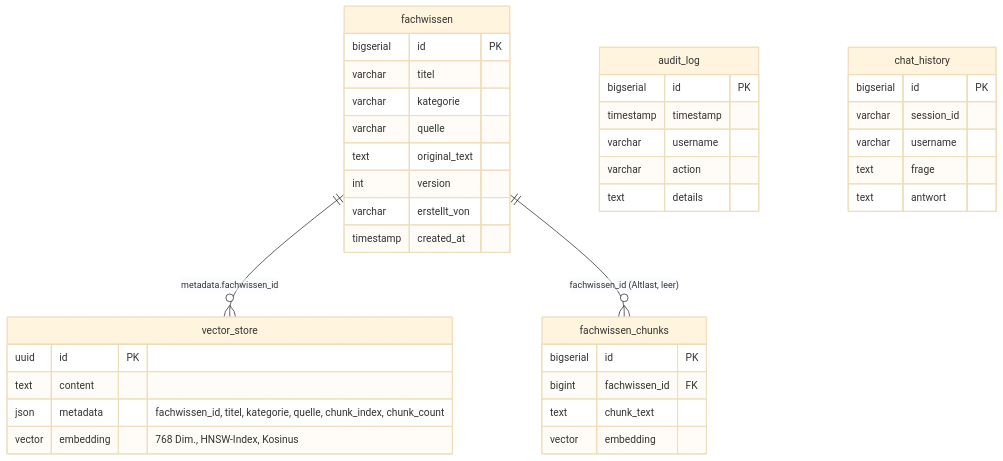
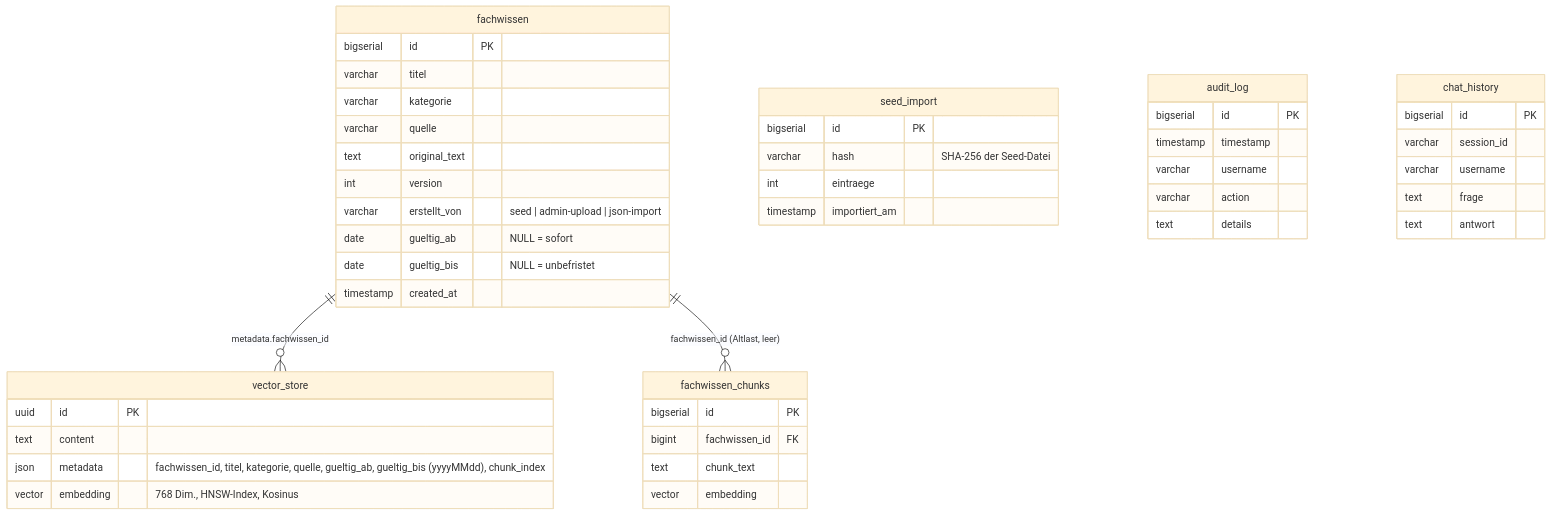
Before and after one commit to baiyendeik-enowmpey/betriebsrente-faq-bot-keycloak: the seventh of 7 diagrams in docs/ARCHITEKTUR.md, drawn with Mermaid (base theme). The commit also changed other lines of this file and 23 other files, not shown here.

````diff
--- a/docs/ARCHITEKTUR.md
+++ b/docs/ARCHITEKTUR.md
@@ -249,42 +258,50 @@
 ```mermaid
 erDiagram
     fachwissen ||--o{ vector_store : "metadata.fachwissen_id"
     fachwissen ||--o{ fachwissen_chunks : "fachwissen_id (Altlast, leer)"
 
     fachwissen {
         bigserial id PK
         varchar titel
         varchar kategorie
         varchar quelle
         text original_text
         int version
-        varchar erstellt_von
+        varchar erstellt_von "seed | admin-upload | json-import"
+        date gueltig_ab "NULL = sofort"
+        date gueltig_bis "NULL = unbefristet"
         timestamp created_at
+    }
+    seed_import {
+        bigserial id PK
+        varchar hash "SHA-256 der Seed-Datei"
+        int eintraege
+        timestamp importiert_am
     }
     vector_store {
         uuid id PK
         text content
-        json metadata "fachwissen_id, titel, kategorie, quelle, chunk_index, chunk_count"
+        json metadata "fachwissen_id, titel, kategorie, quelle, gueltig_ab, gueltig_bis (yyyyMMdd), chunk_index"
         vector embedding "768 Dim., HNSW-Index, Kosinus"
     }
     fachwissen_chunks {
         bigserial id PK
         bigint fachwissen_id FK
         text chunk_text
         vector embedding
     }
     audit_log {
         bigserial id PK
         timestamp timestamp
         varchar username
         varchar action
         text details
     }
     chat_history {
         bigserial id PK
         varchar session_id
         varchar username
         text frage
         text antwort
     }
 ```
````
